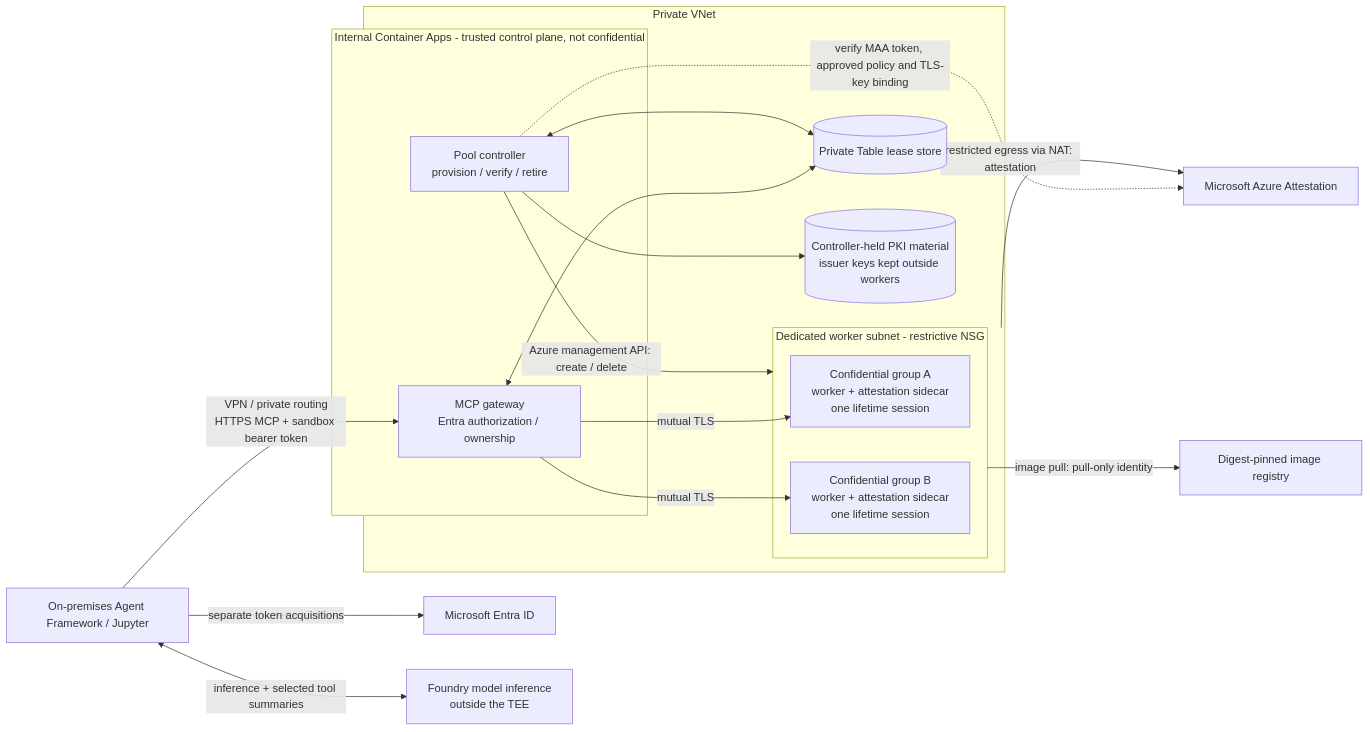
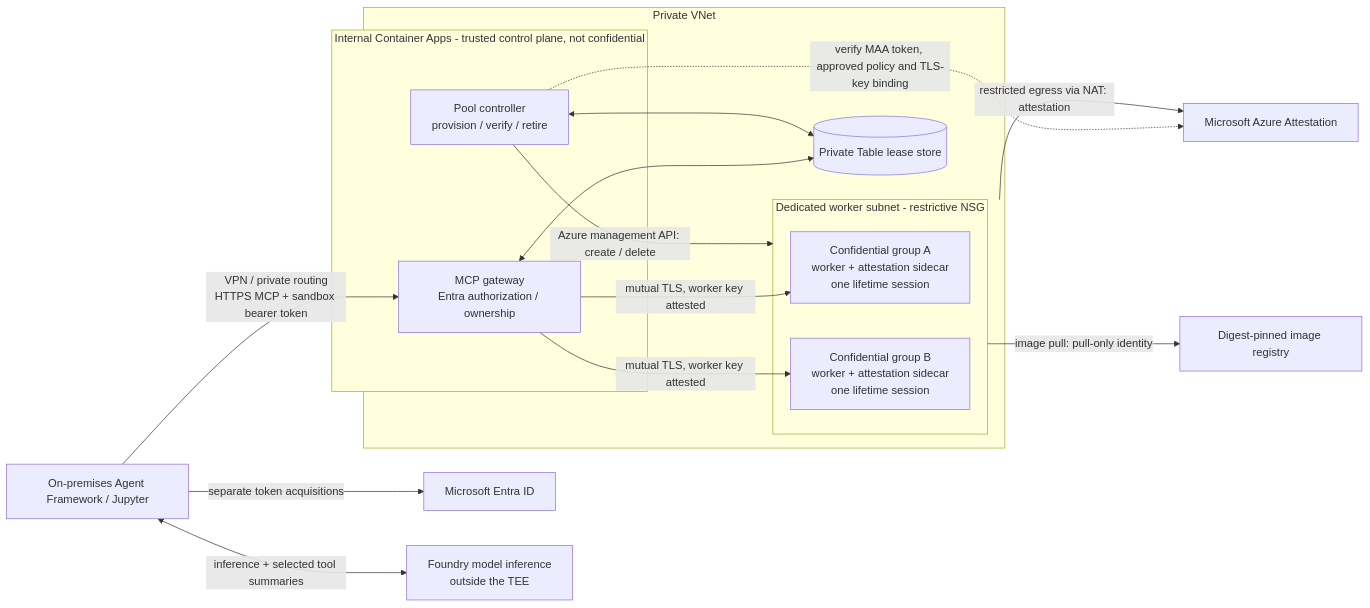
Before and after one commit to memasanz/confidential_compute: the diagram in docs/ARCHITECTURE.md, drawn with Mermaid. The commit also changed other lines of this file and 21 other files, not shown here.

````diff
--- a/docs/ARCHITECTURE.md
+++ b/docs/ARCHITECTURE.md
@@ -13,32 +13,30 @@
 ```mermaid
 flowchart LR
     Agent["On-premises Agent Framework / Jupyter"]
     Entra["Microsoft Entra ID"]
     Foundry["Foundry model inference<br/>outside the TEE"]
     MAA["Microsoft Azure Attestation"]
     ACR["Digest-pinned image registry"]
     subgraph Private["Private VNet"]
         subgraph Control["Internal Container Apps - trusted control plane, not confidential"]
             GW["MCP gateway<br/>Entra authorization / ownership"]
             CTL["Pool controller<br/>provision / verify / retire"]
         end
         State[("Private Table lease store")]
-        Material[("Controller-held PKI material<br/>issuer keys kept outside workers")]
         subgraph Workers["Dedicated worker subnet - restrictive NSG"]
             W1["Confidential group A<br/>worker + attestation sidecar<br/>one lifetime session"]
             W2["Confidential group B<br/>worker + attestation sidecar<br/>one lifetime session"]
         end
     end
     Agent -->|"separate token acquisitions"| Entra
     Agent <-->|"inference + selected tool summaries"| Foundry
     Agent -->|"VPN / private routing<br/>HTTPS MCP + sandbox bearer token"| GW
     GW <--> State
     CTL <--> State
-    CTL --> Material
-    GW -->|"mutual TLS"| W1
-    GW -->|"mutual TLS"| W2
+    GW -->|"mutual TLS, worker key attested"| W1
+    GW -->|"mutual TLS, worker key attested"| W2
     CTL -->|"Azure management API: create / delete"| Workers
     CTL -.->|"verify MAA token, approved policy and TLS-key binding"| MAA
     Workers -->|"restricted egress via NAT: attestation"| MAA
     Workers -->|"image pull: pull-only identity"| ACR
 ```
````
